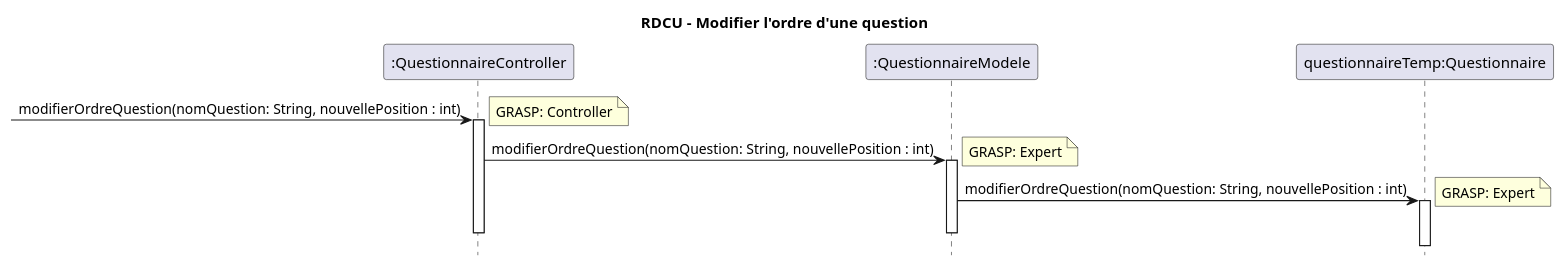
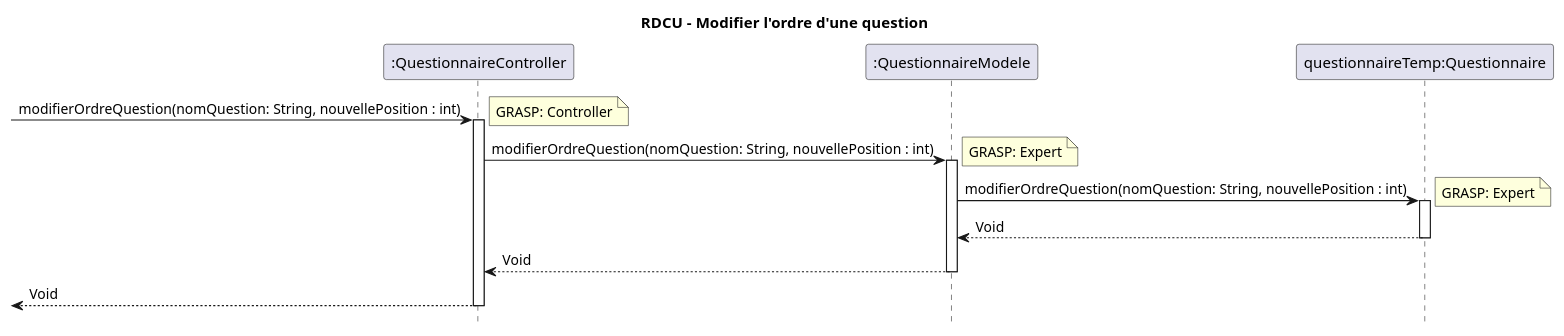
One commit to xMrYahya/moodle-clone changed the diagram in docs/modeles/cu05/rdcu-modifier-ordre-questions.puml. Above: the diagram before and after it, drawn with PlantUML. The commit also changed 14 other files, not shown here.

```diff
--- a/docs/modeles/cu05/rdcu-modifier-ordre-questions.puml
+++ b/docs/modeles/cu05/rdcu-modifier-ordre-questions.puml
@@ -1,19 +1,23 @@
 @startuml
 hide footbox
 title RDCU - Modifier l'ordre d'une question
 
 participant ":QuestionnaireController" as controller
 participant ":QuestionnaireModele" as questionnaireModele
 participant "questionnaireTemp:Questionnaire" as temp
 
 -> controller : modifierOrdreQuestion(nomQuestion: String, nouvellePosition : int)
 note right: GRASP: Controller
 activate controller
 controller -> questionnaireModele ++: modifierOrdreQuestion(nomQuestion: String, nouvellePosition : int)
 note right: GRASP: Expert
 questionnaireModele -> temp ++: modifierOrdreQuestion(nomQuestion: String, nouvellePosition : int)
 note right: GRASP: Expert
+questionnaireModele <-- temp : Void
+deactivate temp
+controller <-- questionnaireModele : Void
 deactivate questionnaireModele
+<-- controller : Void
 deactivate controller
 
 @enduml
```
